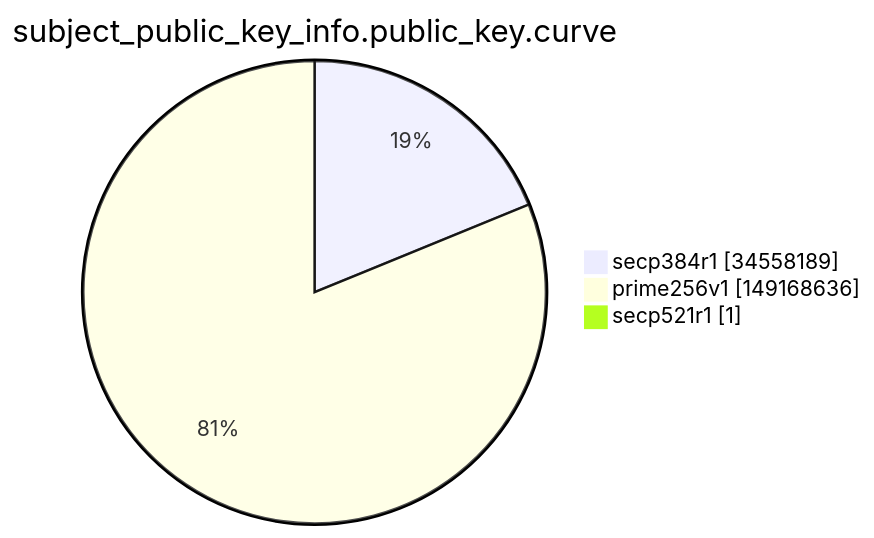
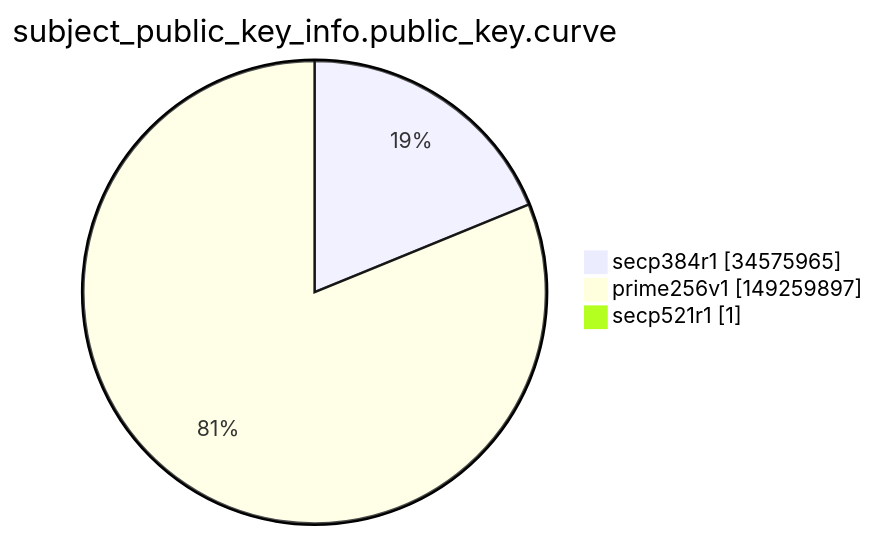
Before and after one commit to christiankrug/ctmonitor_visualization: the ninth of 15 diagrams in argon2022/README.md, drawn with Mermaid. The commit also changed other lines of this file, not shown here.

````diff
--- a/argon2022/README.md
+++ b/argon2022/README.md
@@ -2764,7 +2764,7 @@
 ```mermaid
 pie showData
 title subject_public_key_info.public_key.curve
-"secp384r1" :34558189
-"prime256v1" :149168636
+"secp384r1" :34575965
+"prime256v1" :149259897
 "secp521r1" :1
 ```
````
